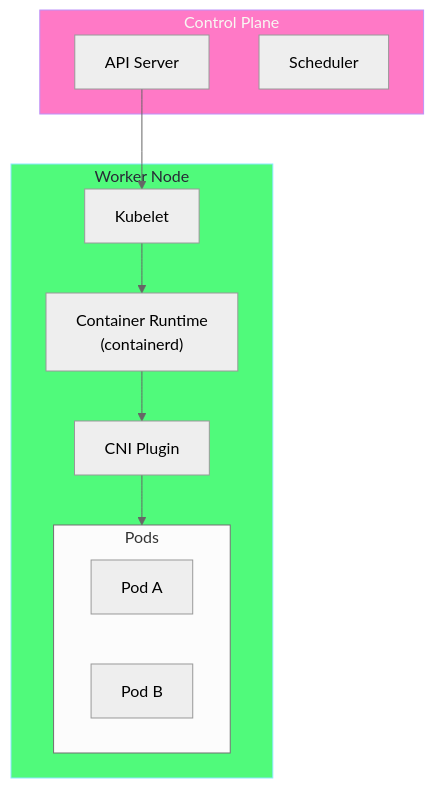
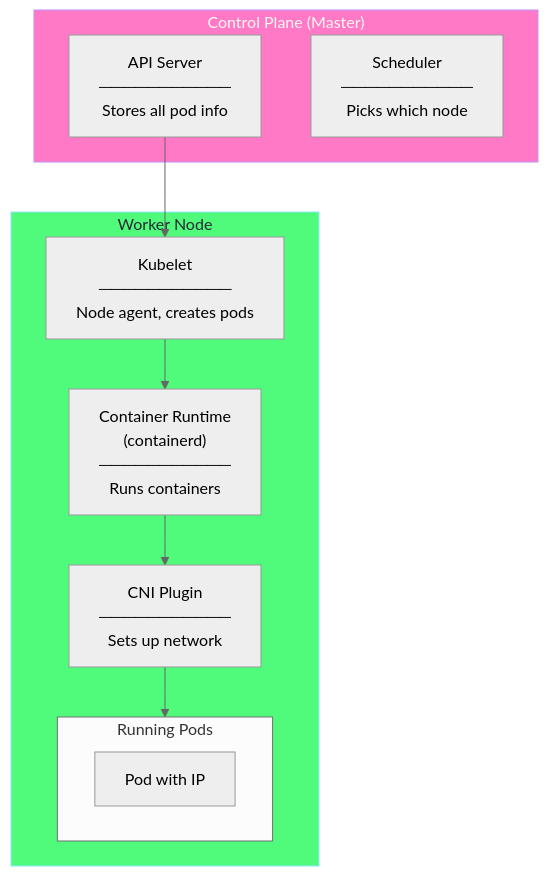
Before and after one commit to selvakumarperumal/k8s_minikube_learn: the first of 2 diagrams in cni_networking/02-cni-architecture.md, drawn with Mermaid (neutral theme). The commit also changed other lines of this file and 4 other files, not shown here.

````diff
--- a/cni_networking/02-cni-architecture.md
+++ b/cni_networking/02-cni-architecture.md
@@ -17,26 +67,25 @@
 ```mermaid
 flowchart TB
-    subgraph ControlPlane["Control Plane"]
-        API["API Server"]
-        Scheduler["Scheduler"]
+    subgraph ControlPlane["Control Plane (Master)"]
+        API["API Server<br/>───────────<br/>Stores all pod info"]
+        Scheduler["Scheduler<br/>───────────<br/>Picks which node"]
     end
     
     subgraph Node["Worker Node"]
-        Kubelet["Kubelet"]
-        CRI["Container Runtime\n(containerd)"]
-        CNI["CNI Plugin"]
+        Kubelet["Kubelet<br/>───────────<br/>Node agent, creates pods"]
+        CRI["Container Runtime<br/>(containerd)<br/>───────────<br/>Runs containers"]
+        CNI["CNI Plugin<br/>───────────<br/>Sets up network"]
         
-        subgraph Pods["Pods"]
-            P1["Pod A"]
-            P2["Pod B"]
+        subgraph Pods["Running Pods"]
+            P1["Pod with IP"]
         end
     end
     
     API --> Kubelet
     Kubelet --> CRI
     CRI --> CNI
     CNI --> Pods
     
     style ControlPlane fill:#ff79c6,stroke:#bd93f9,color:#f8f8f2
     style Node fill:#50fa7b,stroke:#8be9fd,color:#282a36
 ```
````
